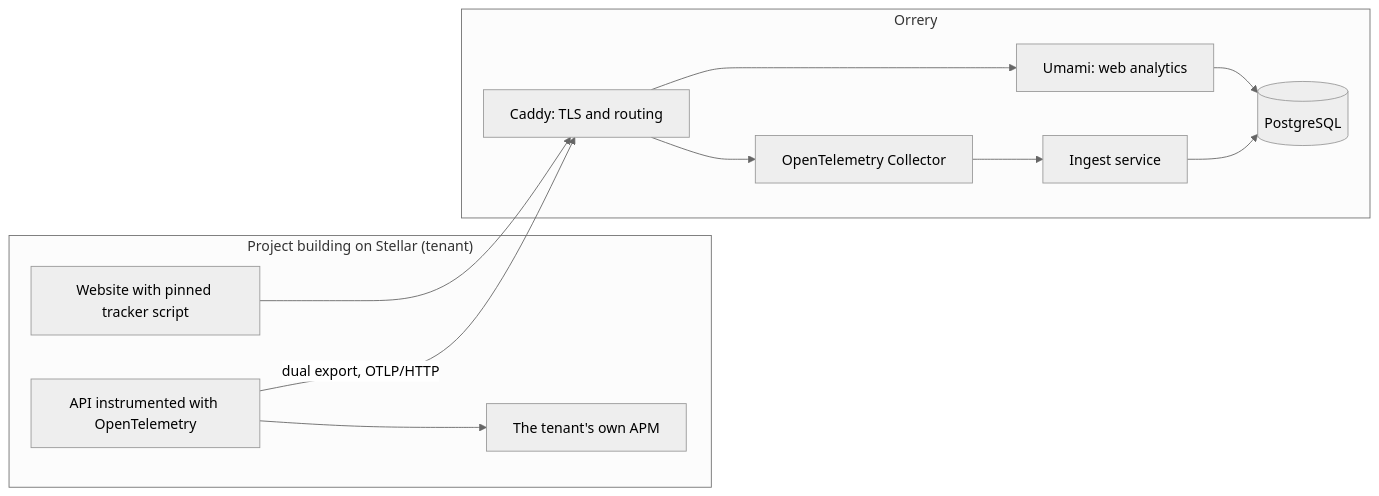
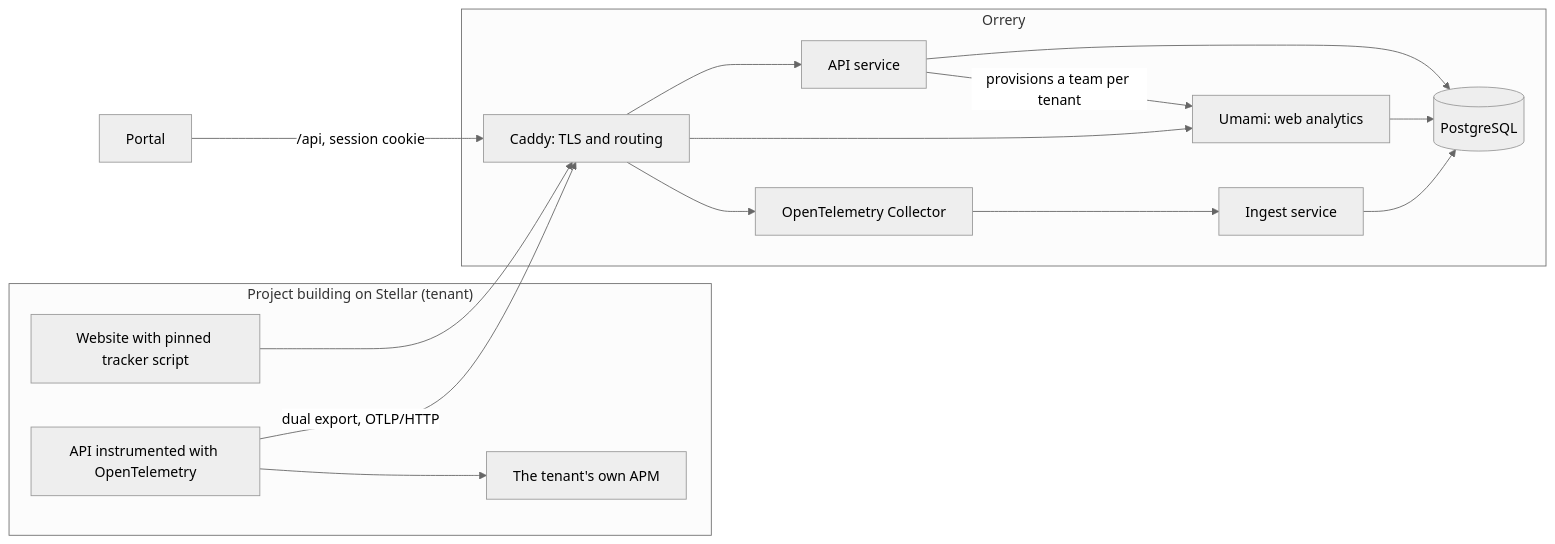
One commit to PerkOS-xyz/beacon changed the diagram in docs/architecture.md. Above: the diagram before and after it, drawn with Mermaid (neutral theme). The commit also changed other lines of this file and 2 other files, not shown here.

Commit message:
Add CI and document sign-in, tenant isolation and local testing

````diff
--- a/docs/architecture.md
+++ b/docs/architecture.md
@@ -5,18 +5,21 @@
 ```mermaid
 flowchart LR
     subgraph Tenant["Project building on Stellar (tenant)"]
         Site["Website with pinned tracker script"]
         App["API instrumented with OpenTelemetry"]
         APM["The tenant's own APM"]
     end
     subgraph Orrery["Orrery"]
         Caddy["Caddy: TLS and routing"]
         Umami["Umami: web analytics"]
         OTel["OpenTelemetry Collector"]
         Ingest["Ingest service"]
+        API["API service"]
         PG[("PostgreSQL")]
     end
+    Portal["Portal"] -- "/api, session cookie" --> Caddy --> API --> PG
+    API -- "provisions a team per tenant" --> Umami
     Site --> Caddy --> Umami --> PG
     App --> APM
     App -- "dual export, OTLP/HTTP" --> Caddy --> OTel --> Ingest --> PG
 ```
````
